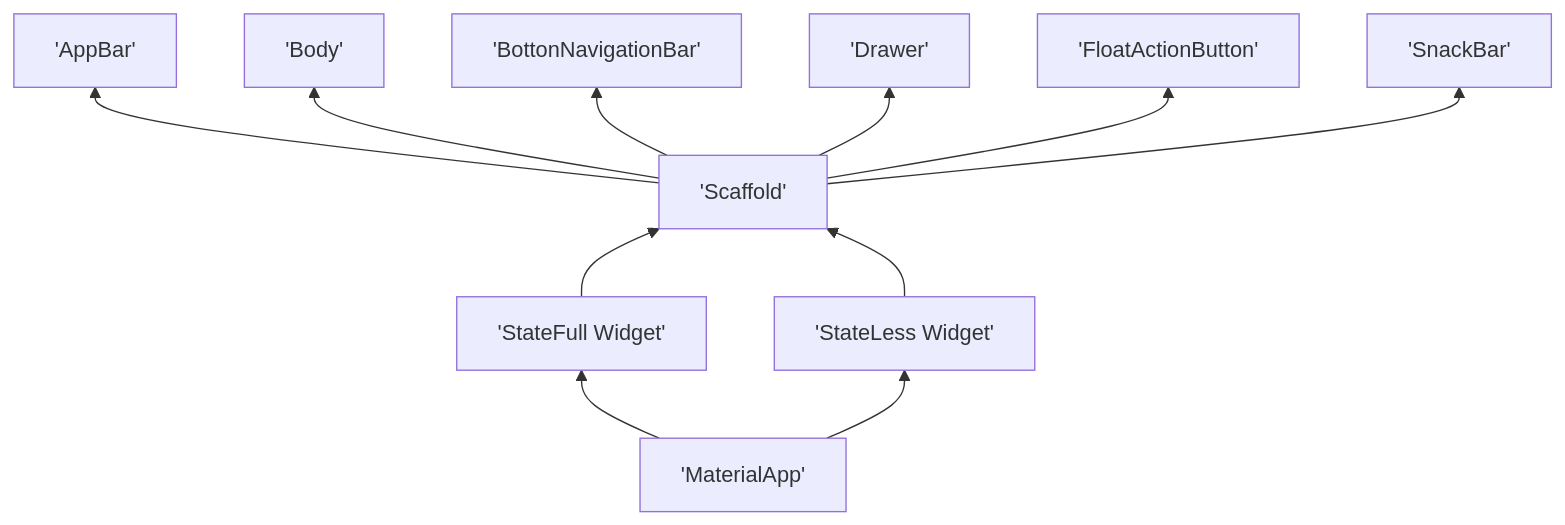
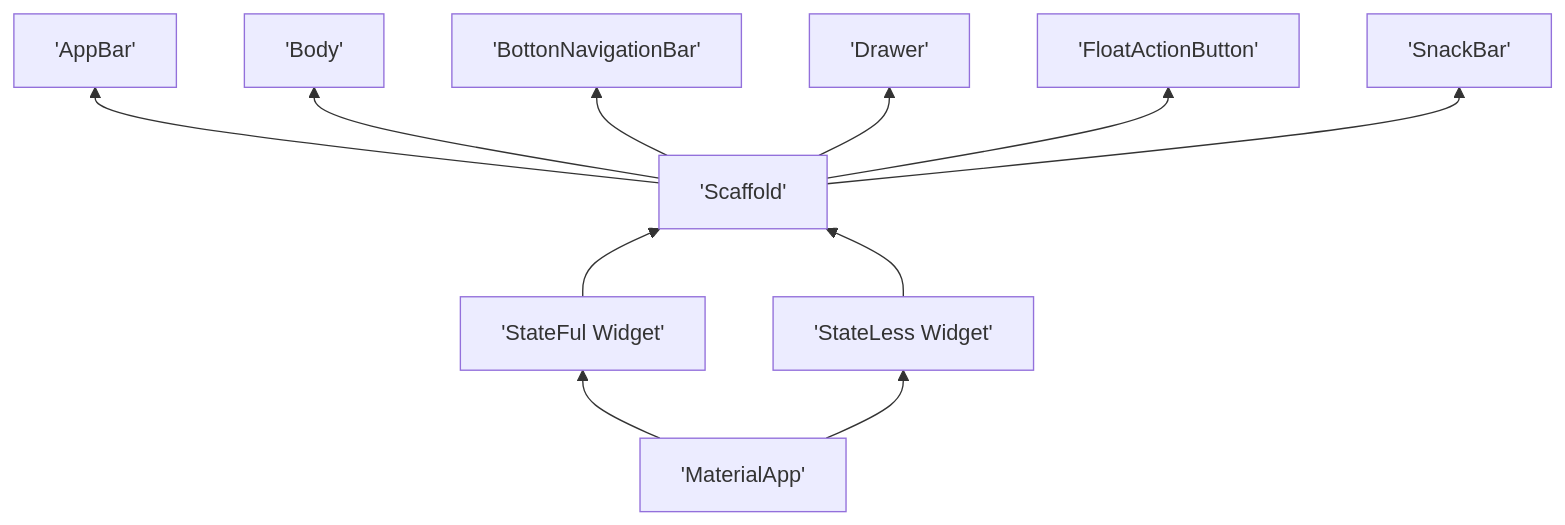
The diagram in README.md (thayssamaneo/mobile), drawn with Mermaid before and after one commit. The commit also changed other lines of this file and 204 other files, not shown here.

````diff
--- a/README.md
+++ b/README.md
@@ -111,18 +111,18 @@
 ```mermaid
 graph BT 
 
     MA['MaterialApp']
     STL['StateLess Widget']
-    STF['StateFull Widget']
+    STF['StateFul Widget']
     SC['Scaffold']
     ABar['AppBar']
     BD['Body']
     BNBar['BottonNavigationBar']
     DW['Drawer']
     FAB['FloatActionButton']
     SB['SnackBar']
 
     MA --> STL & STF
     STF & STL --> SC
     SC --> ABar & BD & BNBar & DW & FAB & SB
 ```
````
